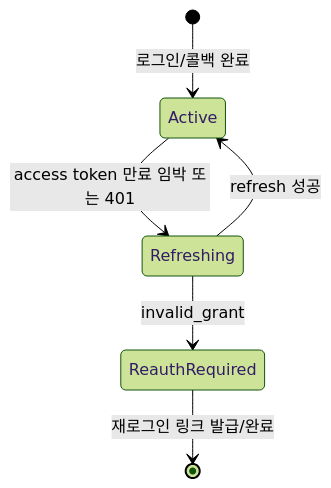
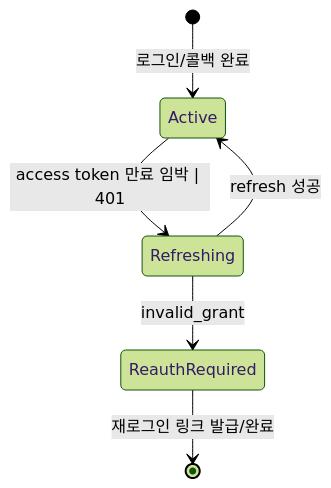
One commit to teamSANDOL/tuk_sandol_team changed the third of 3 diagrams in docs/auth-chatbot-auth-relay.md. Above: the diagram before and after it, drawn with Mermaid (forest theme). The commit also changed other lines of this file, not shown here.

Commit message:
fix: 로그인 흐름에 GET /login/{lit} 추가 및 상태 전환 조건 수정

````diff
--- a/docs/auth-chatbot-auth-relay.md
+++ b/docs/auth-chatbot-auth-relay.md
@@ -389,8 +390,8 @@
 ```mermaid
 stateDiagram-v2
     [*] --> Active: 로그인/콜백 완료
-    Active --> Refreshing: access token 만료 임박 또는 401
+    Active --> Refreshing: access token 만료 임박 | 401
     Refreshing --> Active: refresh 성공
     Refreshing --> ReauthRequired: invalid_grant
     ReauthRequired --> [*]: 재로그인 링크 발급/완료
 ```
````
